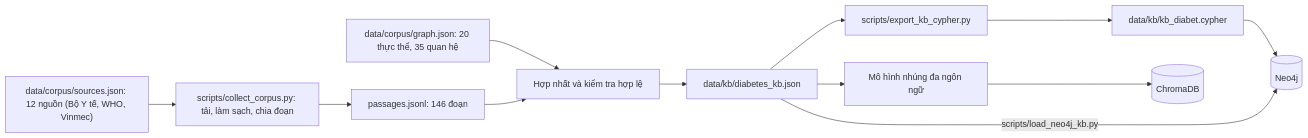
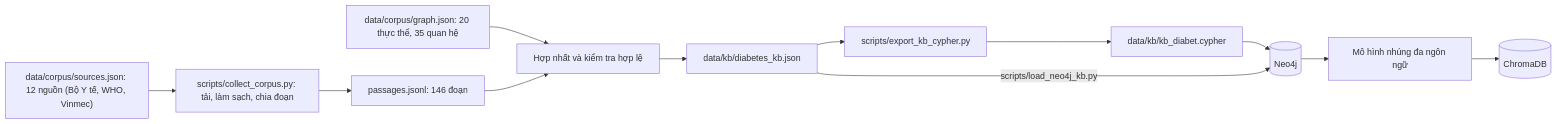
The second of 2 diagrams in docs/architecture.md (halobiron/Diabetes_Agent), drawn with Mermaid before and after one commit. The commit also changed other lines of this file and 10 other files, not shown here.

````diff
--- a/docs/architecture.md
+++ b/docs/architecture.md
@@ -87,13 +86,13 @@
 ```mermaid
 flowchart LR
     SRC["data/corpus/sources.json: 12 nguồn (Bộ Y tế, WHO, Vinmec)"] --> COL["scripts/collect_corpus.py: tải, làm sạch, chia đoạn"]
     COL --> PAS["passages.jsonl: 146 đoạn"]
     GRAPH["data/corpus/graph.json: 20 thực thể, 35 quan hệ"] --> MERGE
     PAS --> MERGE["Hợp nhất và kiểm tra hợp lệ"]
     MERGE --> KBJ["data/kb/diabetes_kb.json"]
     KBJ --> EXPORT["scripts/export_kb_cypher.py"]
     EXPORT --> CY["data/kb/kb_diabet.cypher"]
     CY --> NEO[("Neo4j")]
     KBJ -->|"scripts/load_neo4j_kb.py"| NEO
-    KBJ --> EMB["Mô hình nhúng đa ngôn ngữ"] --> CHR[("ChromaDB")]
+    NEO --> EMB["Mô hình nhúng đa ngôn ngữ"] --> CHR[("ChromaDB")]
 ```
````
